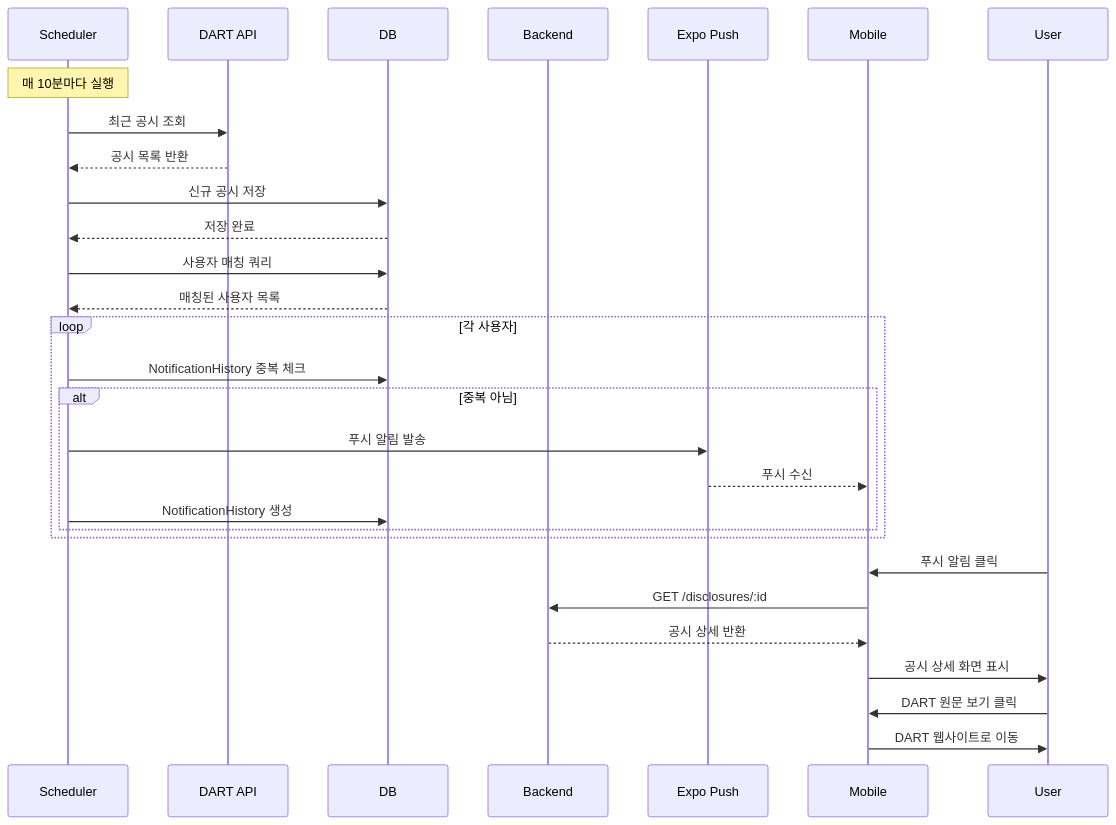
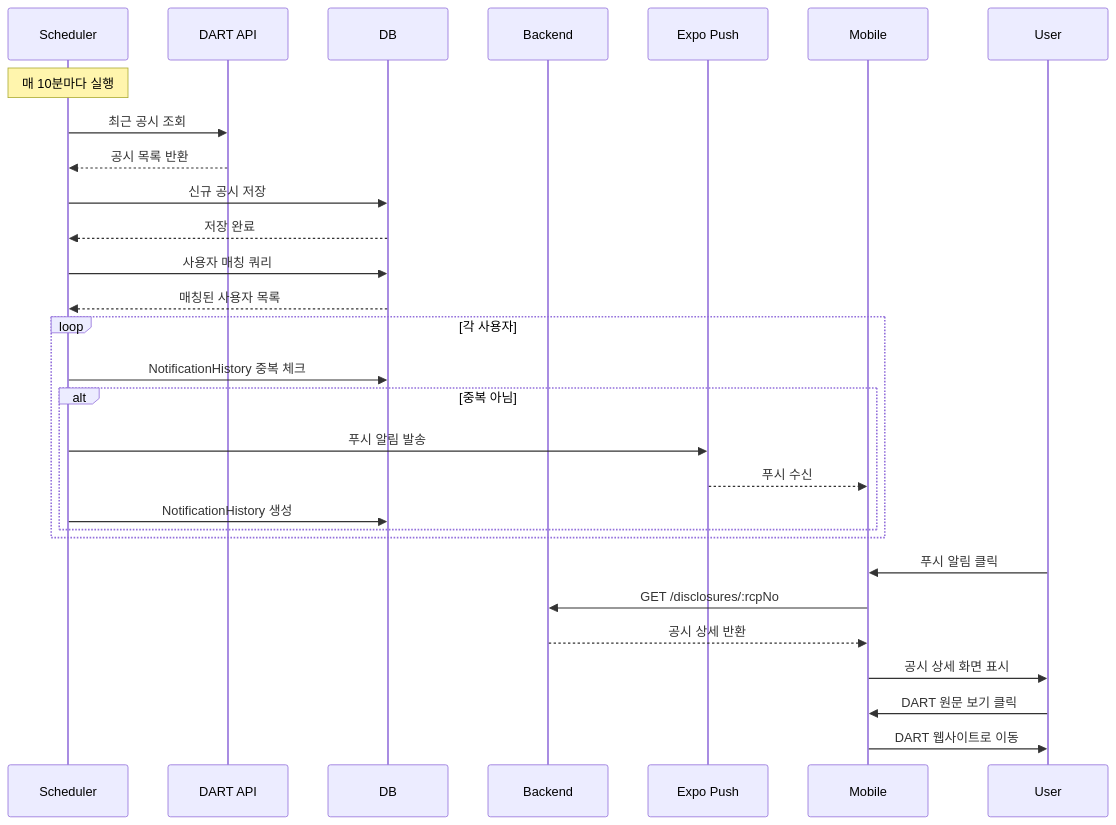
Before and after one commit to Dubbi96/dart-notification: the second of 4 diagrams in docs/workflow.md, drawn with Mermaid. The commit also changed other lines of this file and 126 other files, not shown here.

````diff
--- a/docs/workflow.md
+++ b/docs/workflow.md
@@ -61,38 +61,38 @@
 ```mermaid
 sequenceDiagram
     participant Scheduler
     participant DART API
     participant DB
     participant Backend
     participant Expo Push
     participant Mobile
     participant User
 
     Note over Scheduler: 매 10분마다 실행
 
     Scheduler->>DART API: 최근 공시 조회
     DART API-->>Scheduler: 공시 목록 반환
 
     Scheduler->>DB: 신규 공시 저장
     DB-->>Scheduler: 저장 완료
 
     Scheduler->>DB: 사용자 매칭 쿼리
     DB-->>Scheduler: 매칭된 사용자 목록
 
     loop 각 사용자
         Scheduler->>DB: NotificationHistory 중복 체크
         alt 중복 아님
             Scheduler->>Expo Push: 푸시 알림 발송
             Expo Push-->>Mobile: 푸시 수신
             Scheduler->>DB: NotificationHistory 생성
         end
     end
 
     User->>Mobile: 푸시 알림 클릭
-    Mobile->>Backend: GET /disclosures/:id
+    Mobile->>Backend: GET /disclosures/:rcpNo
     Backend-->>Mobile: 공시 상세 반환
     Mobile->>User: 공시 상세 화면 표시
 
     User->>Mobile: DART 원문 보기 클릭
     Mobile->>User: DART 웹사이트로 이동
 ```
````
